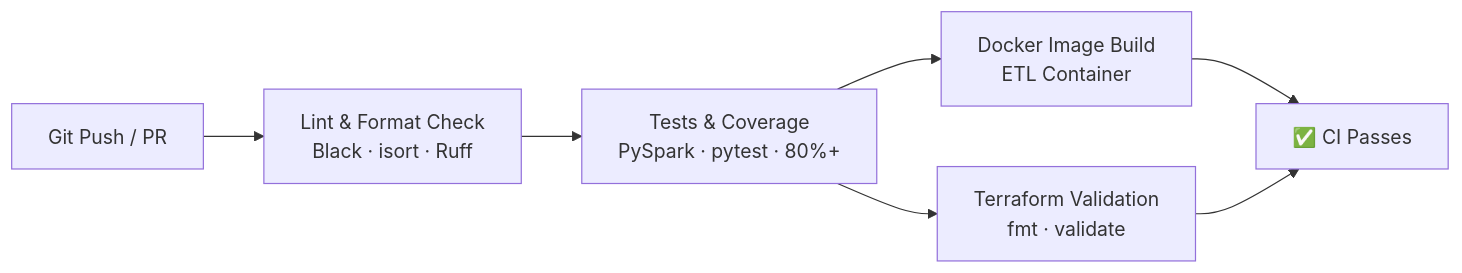
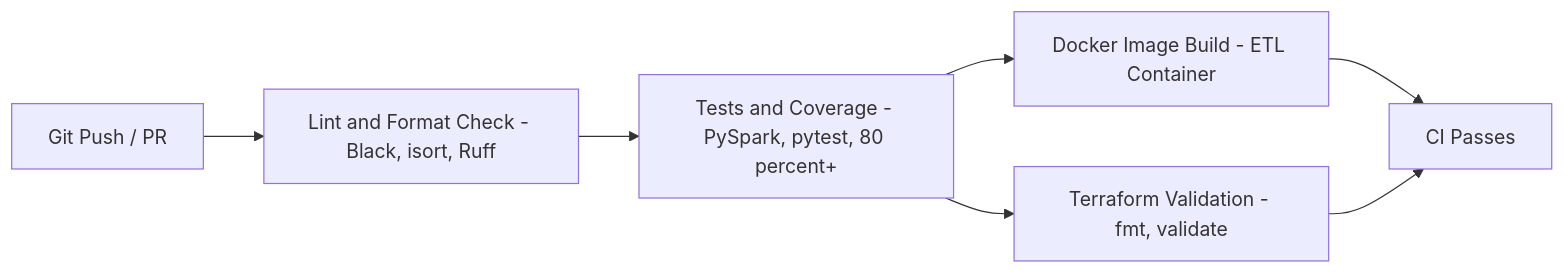
One commit to ojeshwigautam/DataLakehouse-Platform changed the fourth of 4 diagrams in docs/Architecture.md. Above: the diagram before and after it, drawn with Mermaid. The commit also changed other lines of this file and 3 other files, not shown here.

Commit message:
docs: add comprehensive project documentation and architecture guides

````diff
--- a/docs/Architecture.md
+++ b/docs/Architecture.md
@@ -349,9 +352,10 @@
 ```mermaid
+%%{init: {"flowchart": {"htmlLabels": false}} }%%
 flowchart LR
-    PUSH[Git Push / PR] --> LINT[Lint & Format Check<br/>Black · isort · Ruff]
-    LINT --> TEST[Tests & Coverage<br/>PySpark · pytest · 80%+]
-    TEST --> DOCKER[Docker Image Build<br/>ETL Container]
-    TEST --> TF_VALID[Terraform Validation<br/>fmt · validate]
-    DOCKER --> PASS[✅ CI Passes]
+    PUSH[Git Push / PR] --> LINT[Lint and Format Check - Black, isort, Ruff]
+    LINT --> TEST[Tests and Coverage - PySpark, pytest, 80 percent+]
+    TEST --> DOCKER[Docker Image Build - ETL Container]
+    TEST --> TF_VALID[Terraform Validation - fmt, validate]
+    DOCKER --> PASS[CI Passes]
     TF_VALID --> PASS
 ```
````
